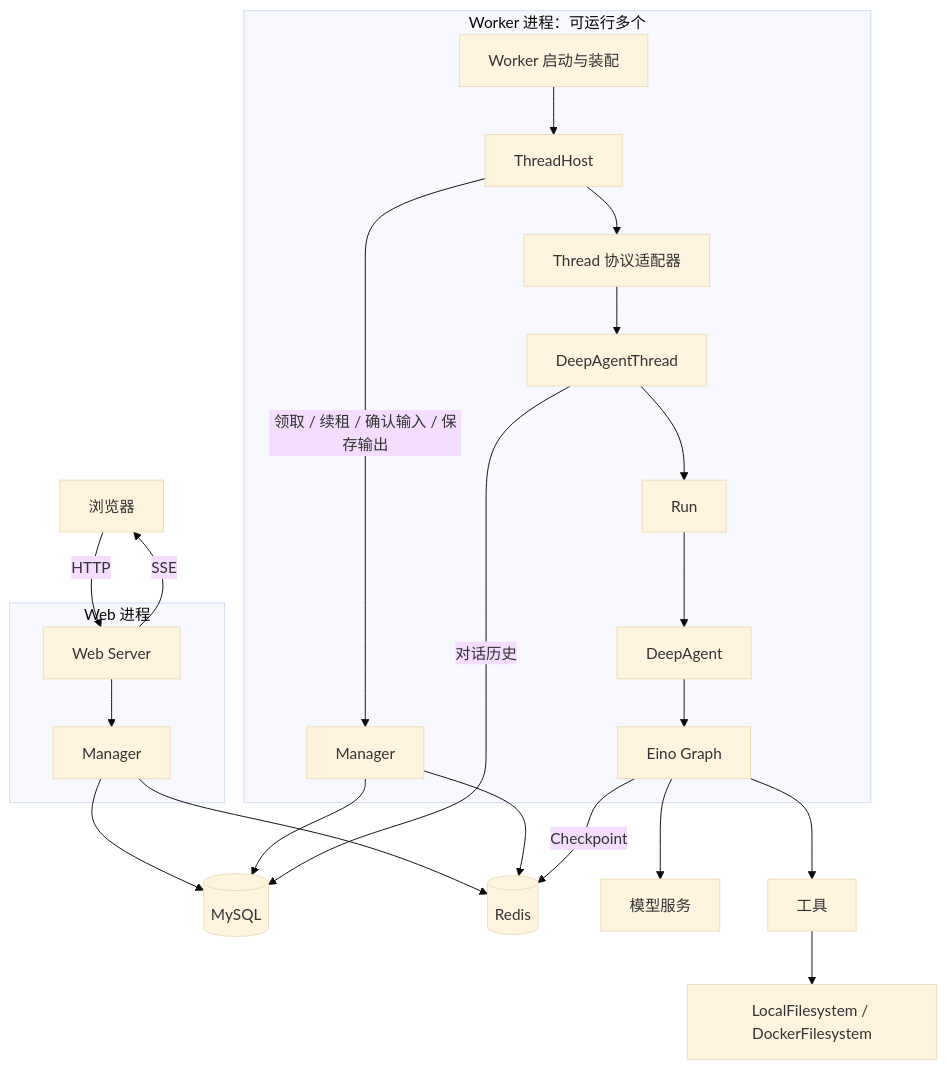
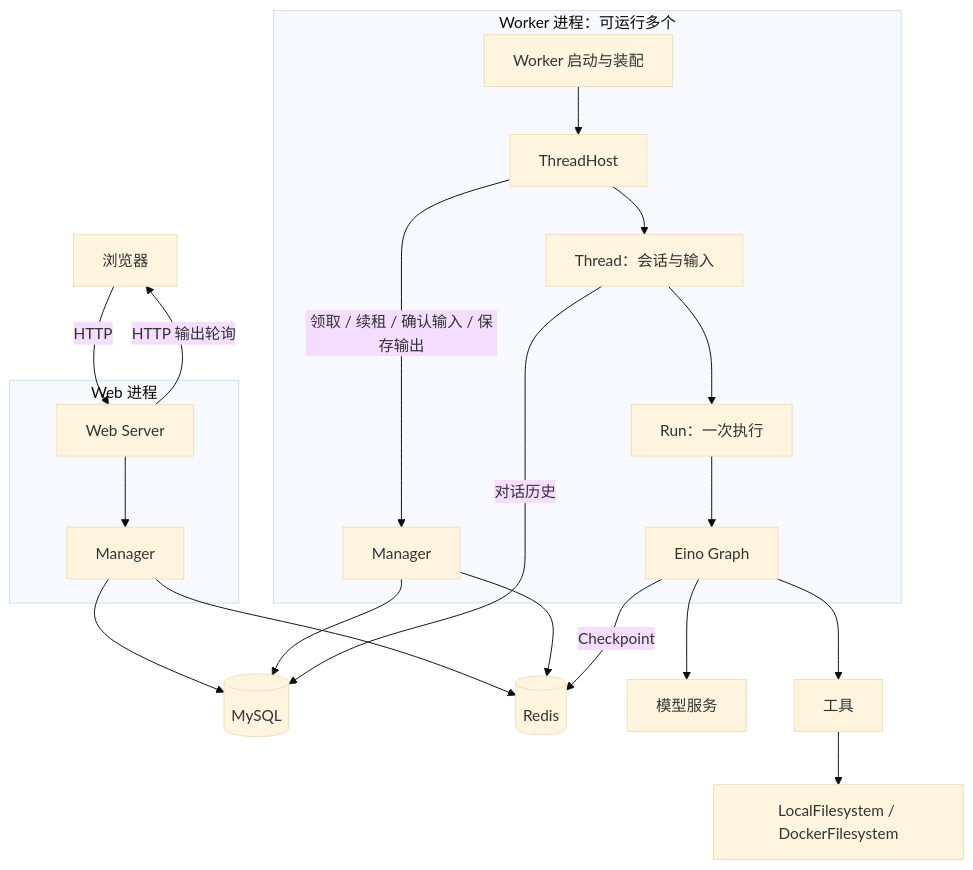
The first of 2 diagrams in README.md (doinglaundry/deepagent), drawn with Mermaid (base theme) before and after one commit. The commit also changed other lines of this file and 152 other files, not shown here.

Commit message:
refactor: consolidate thread and run execution and organize manager

````diff
--- a/README.md
+++ b/README.md
@@ -88,29 +88,27 @@
 ```mermaid
 flowchart TB
     Browser[浏览器] -->|HTTP| Web
-    Web -->|SSE| Browser
+    Web -->|HTTP 输出轮询| Browser
 
     subgraph WebProcess[Web 进程]
         Web[Web Server] --> WM[Manager]
     end
 
     subgraph WorkerProcess[Worker 进程：可运行多个]
         Worker[Worker 启动与装配] --> Host[ThreadHost]
         Host -->|领取 / 续租 / 确认输入 / 保存输出| RM[Manager]
-        Host --> Adapter[Thread 协议适配器]
-        Adapter --> Thread[DeepAgentThread]
-        Thread --> Run
-        Run --> Agent[DeepAgent]
-        Agent --> Graph[Eino Graph]
+        Host --> Thread[Thread：会话与输入]
+        Thread --> Run[Run：一次执行]
+        Run --> Graph[Eino Graph]
     end
 
     WM --> MySQL[(MySQL)]
     WM --> Redis[(Redis)]
     RM --> MySQL
     RM --> Redis
     Thread -->|对话历史| MySQL
     Graph -->|Checkpoint| Redis
     Graph --> Model[模型服务]
     Graph --> Tools[工具]
     Tools --> FS[LocalFilesystem / DockerFilesystem]
 ```
````
